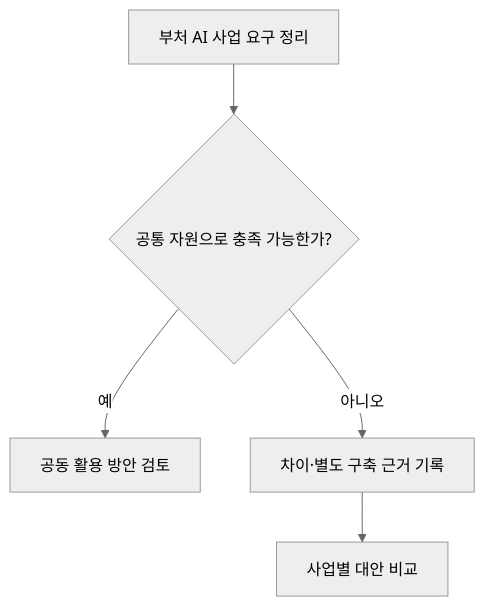
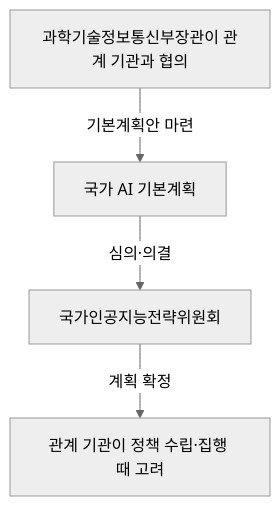
The first of 2 diagrams in src/content/docs/notes/itpe/01-it-strategy/024_korea_ai_action_plan.md (agnusdei1207/study), drawn with Mermaid (neutral theme) before and after one commit. The commit also changed other lines of this file and 4 other files, not shown here.

````diff
--- a/src/content/docs/notes/itpe/01-it-strategy/024_korea_ai_action_plan.md
+++ b/src/content/docs/notes/itpe/01-it-strategy/024_korea_ai_action_plan.md
@@ -150,7 +56,6 @@
 ```mermaid
 flowchart TD
-    A["부처 AI 사업 요구 정리"] --> B{"공통 자원으로 충족 가능한가?"}
-    B -->|"예"| C["공동 활용 방안 검토"]
-    B -->|"아니오"| D["차이·별도 구축 근거 기록"]
-    D --> E["사업별 대안 비교"]
+    A["과학기술정보통신부장관이 관계 기관과 협의"] -->|기본계획안 마련| B["국가 AI 기본계획"]
+    B -->|심의·의결| C["국가인공지능전략위원회"]
+    C -->|계획 확정| D["관계 기관이 정책 수립·집행 때 고려"]
 ```
````
